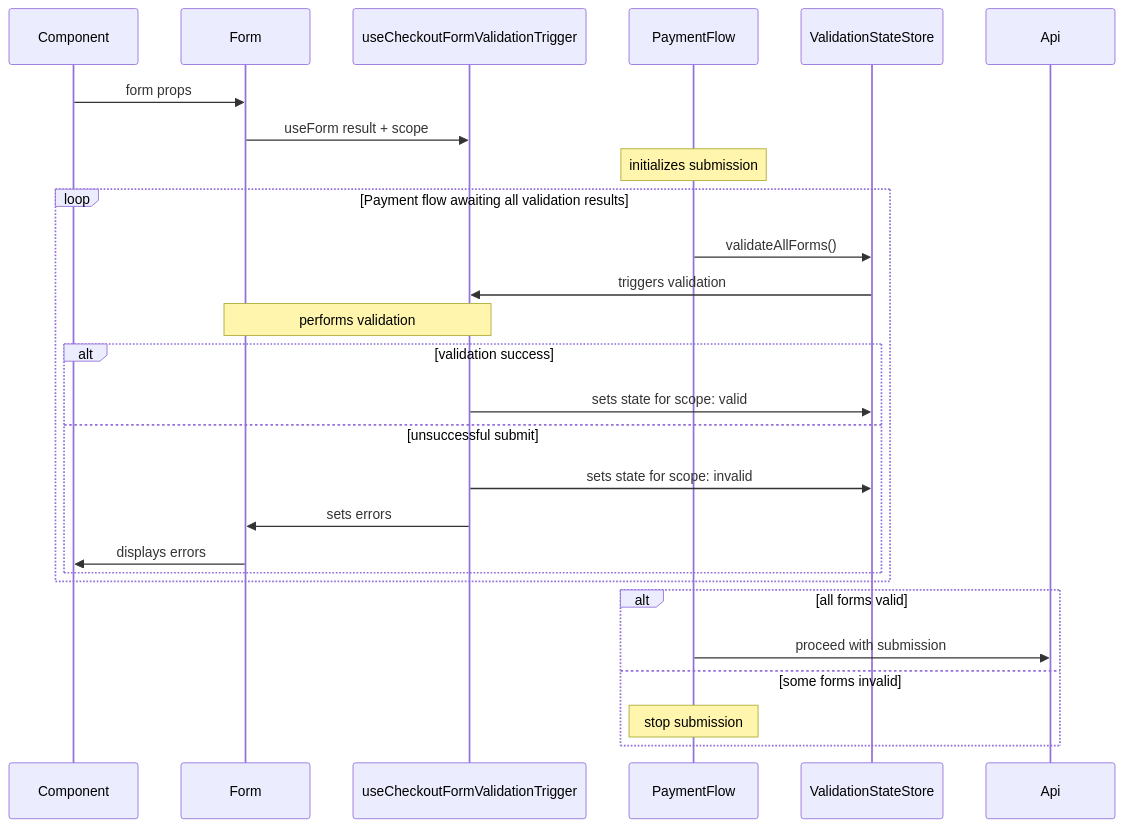
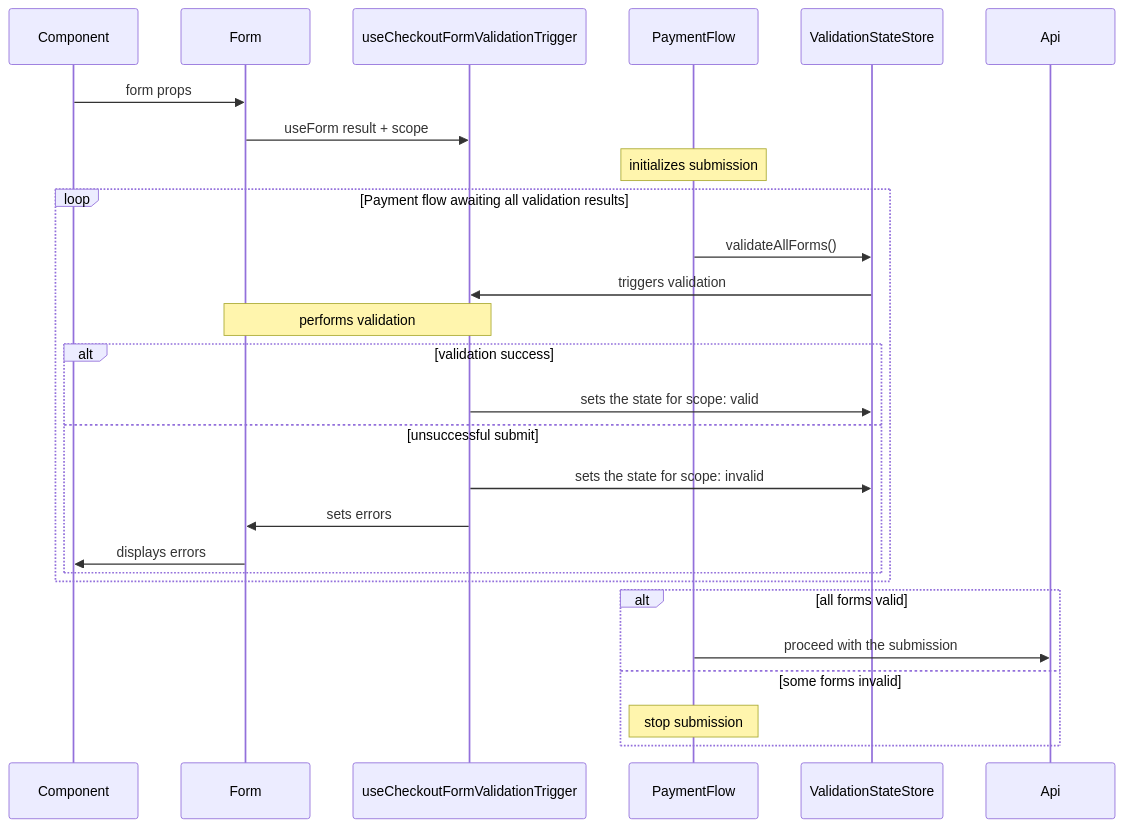
The fourth of 7 diagrams in packages/checkout-storefront/README.md (saleor/storefront), drawn with Mermaid before and after one commit. The commit also changed other lines of this file, not shown here.

````diff
--- a/packages/checkout-storefront/README.md
+++ b/packages/checkout-storefront/README.md
@@ -102,30 +102,30 @@
 ```mermaid
 sequenceDiagram
     Component ->> Form: form props
     Form ->>useCheckoutFormValidationTrigger: useForm result + scope
 
     Note over PaymentFlow: initializes submission
     loop Payment flow awaiting all validation results
     PaymentFlow ->> ValidationStateStore: validateAllForms()
 
     ValidationStateStore ->> useCheckoutFormValidationTrigger: triggers validation
 
     Note over Form, useCheckoutFormValidationTrigger: performs validation
 
     alt validation success
-        useCheckoutFormValidationTrigger ->> ValidationStateStore: sets state for scope: valid
+        useCheckoutFormValidationTrigger ->> ValidationStateStore: sets the state for scope: valid
     else unsuccessful submit
-        useCheckoutFormValidationTrigger ->> ValidationStateStore: sets state for scope: invalid
+        useCheckoutFormValidationTrigger ->> ValidationStateStore: sets the state for scope: invalid
         useCheckoutFormValidationTrigger ->> Form: sets errors
         Form ->> Component: displays errors
     end
     end
     alt all forms valid
-        PaymentFlow ->> Api: proceed with submission
+        PaymentFlow ->> Api: proceed with the submission
     else some forms invalid
         Note over PaymentFlow: stop submission
     end
 
 
 
 ```
````
